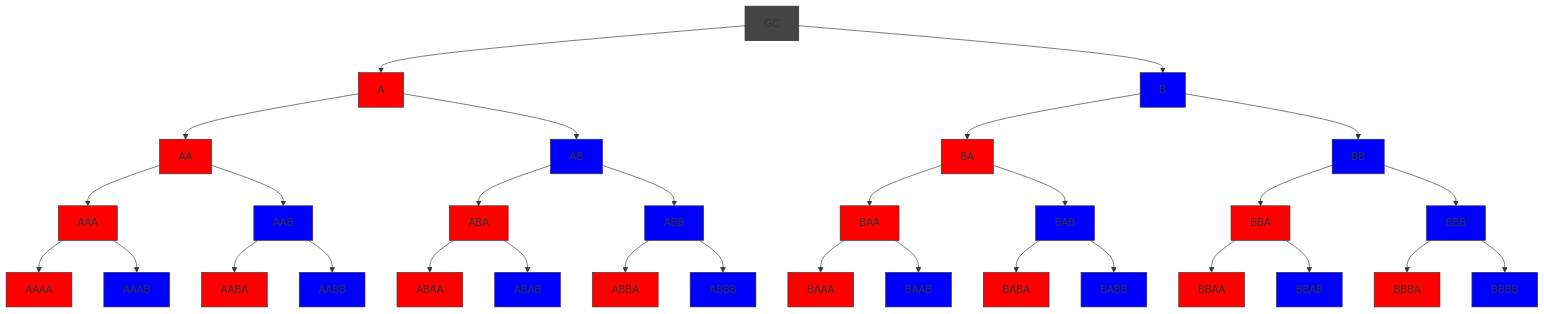
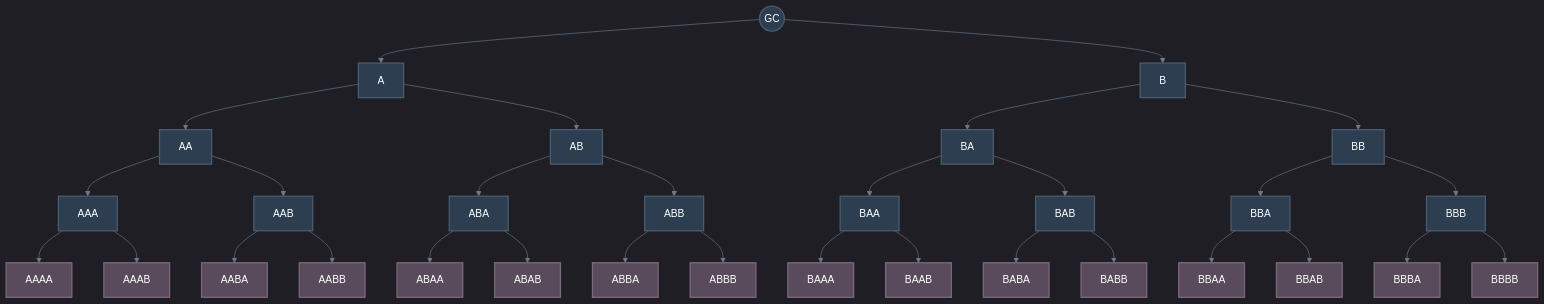
One commit to Shapedsundew9/erasmus-gp changed the sixth of 6 diagrams in docs/components/core/genetic_code/structure.md. Above: the diagram before and after it, drawn with Mermaid. The commit also changed other lines of this file and 21 other files, not shown here.

First line of the commit message:
Enhance Mermaid Diagrams and Color Consistency Across Documentation

````diff
--- a/docs/components/core/genetic_code/structure.md
+++ b/docs/components/core/genetic_code/structure.md
@@ -151,45 +185,47 @@
 ```mermaid
+%%{init: { 'theme': 'dark', 'themeVariables': { 'lineColor': '#6c7a89', 'textColor': '#edf2f4', 'mainBkg': '#2b2d42', 'primaryBorderColor': '#4a4e69' }}}%%
 flowchart TD
-    GC:::grey
-    GC --> A:::red
-    GC --> B:::blue
-    A --> AA:::red
-    A --> AB:::blue
-    AA --> AAA:::red
-    AA --> AAB:::blue
-    AAA --> AAAA:::red
-    AAA --> AAAB:::blue
+    %% Base/Default (Dark Slate)
+    classDef default fill:#2b2d42,stroke:#4a4e69,stroke-width:2px,color:#edf2f4
+    classDef dataNavy fill:#2c3e50,stroke:#4a5c6e,stroke-width:2px,color:#ffffff
+    classDef dataPurple fill:#594a5c,stroke:#7b687f,stroke-width:2px,color:#ffffff
 
-    AAB --> AABA:::red
-    AAB --> AABB:::blue
+    GC(("GC")):::dataNavy
+    GC --> A:::dataNavy
+    GC --> B:::dataNavy
+    A --> AA:::dataNavy
+    A --> AB:::dataNavy
+    AA --> AAA:::dataNavy
+    AA --> AAB:::dataNavy
+    AAA --> AAAA:::dataPurple
+    AAA --> AAAB:::dataPurple
 
-    AB --> ABA:::red
-    AB --> ABB:::blue
-    ABA --> ABAA:::red
-    ABA --> ABAB:::blue
+    AAB --> AABA:::dataPurple
+    AAB --> AABB:::dataPurple
 
-    ABB --> ABBA:::red
-    ABB --> ABBB:::blue
+    AB --> ABA:::dataNavy
+    AB --> ABB:::dataNavy
+    ABA --> ABAA:::dataPurple
+    ABA --> ABAB:::dataPurple
 
-    B --> BA:::red
-    B --> BB:::blue
-    BA --> BAA:::red
-    BA --> BAB:::blue
-    BAA --> BAAA:::red
-    BAA --> BAAB:::blue
+    ABB --> ABBA:::dataPurple
+    ABB --> ABBB:::dataPurple
 
-    BAB --> BABA:::red
-    BAB --> BABB:::blue
+    B --> BA:::dataNavy
+    B --> BB:::dataNavy
+    BA --> BAA:::dataNavy
+    BA --> BAB:::dataNavy
+    BAA --> BAAA:::dataPurple
+    BAA --> BAAB:::dataPurple
 
-    BB --> BBA:::red
-    BB --> BBB:::blue
-    BBA --> BBAA:::red
-    BBA --> BBAB:::blue
+    BAB --> BABA:::dataPurple
+    BAB --> BABB:::dataPurple
 
-    BBB --> BBBA:::red
-    BBB --> BBBB:::blue
+    BB --> BBA:::dataNavy
+    BB --> BBB:::dataNavy
+    BBA --> BBAA:::dataPurple
+    BBA --> BBAB:::dataPurple
 
-classDef grey fill:#444444,stroke:#333,stroke-width:1px
-classDef red fill:#FF0000,stroke:#333,stroke-width:1px
-classDef blue fill:#0000FF,stroke:#333,stroke-width:1px
+    BBB --> BBBA:::dataPurple
+    BBB --> BBBB:::dataPurple
 ```
````
